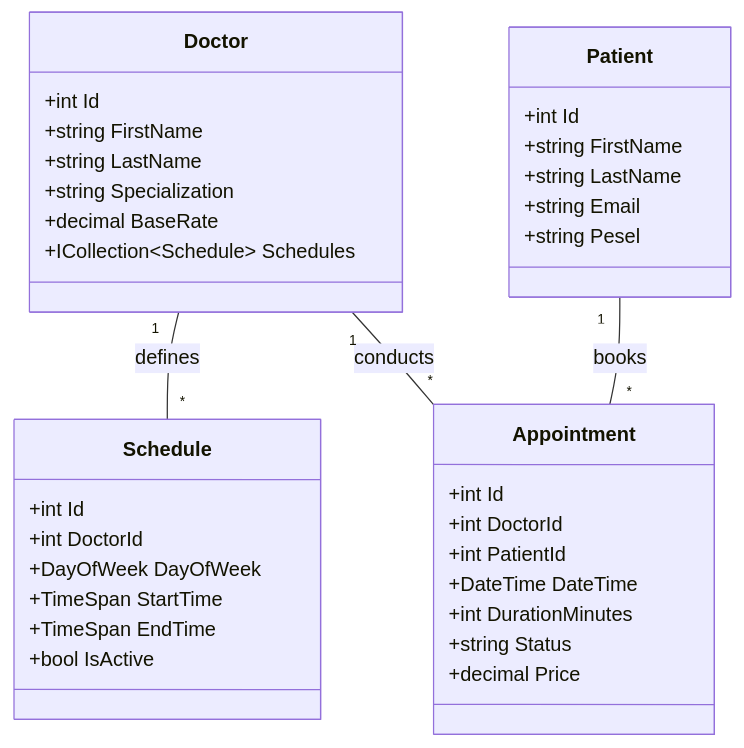
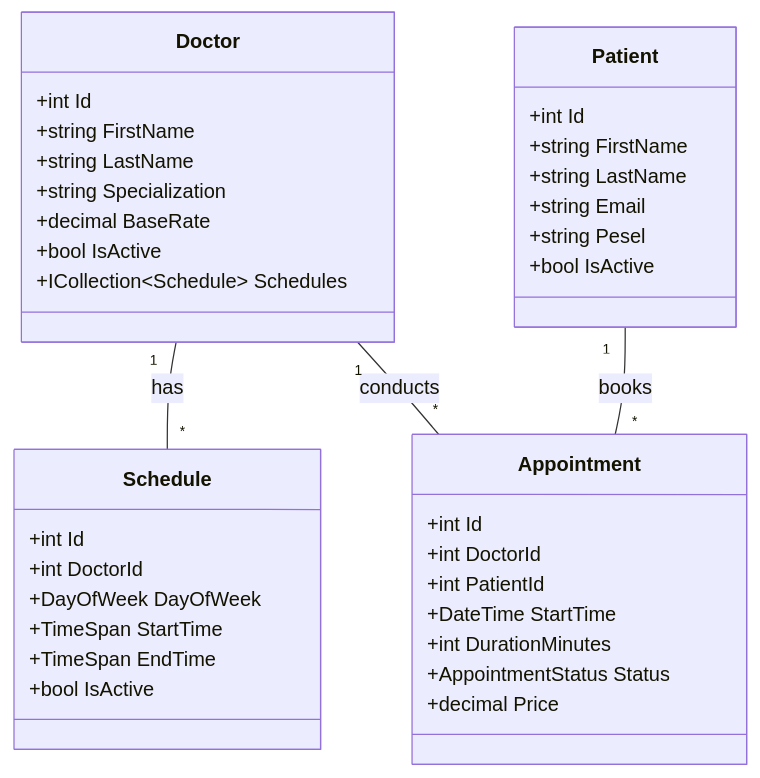
One commit to lunnarphase/MediSchedule-API changed the diagram in Readme.md. Above: the diagram before and after it, drawn with Mermaid. The commit also changed other lines of this file, not shown here.

````diff
--- a/Readme.md
+++ b/Readme.md
@@ -48,39 +48,41 @@
 ```mermaid
 classDiagram
     class Doctor {
         +int Id
         +string FirstName
         +string LastName
         +string Specialization
         +decimal BaseRate
+        +bool IsActive
         +ICollection~Schedule~ Schedules
     }
     class Patient {
         +int Id
         +string FirstName
         +string LastName
         +string Email
         +string Pesel
+        +bool IsActive
     }
- class Schedule {
+    class Schedule {
         +int Id
         +int DoctorId
         +DayOfWeek DayOfWeek
-        +TimeSpan StartTime  
-        +TimeSpan EndTime    
+        +TimeSpan StartTime
+        +TimeSpan EndTime
         +bool IsActive
     }
     class Appointment {
         +int Id
         +int DoctorId
         +int PatientId
-        +DateTime DateTime
+        +DateTime StartTime
         +int DurationMinutes
-        +string Status
+        +AppointmentStatus Status
         +decimal Price
     }
 
-    Doctor "1" -- "*" Schedule : defines
+    Doctor "1" -- "*" Schedule : has
     Doctor "1" -- "*" Appointment : conducts
     Patient "1" -- "*" Appointment : books
 ```
````
